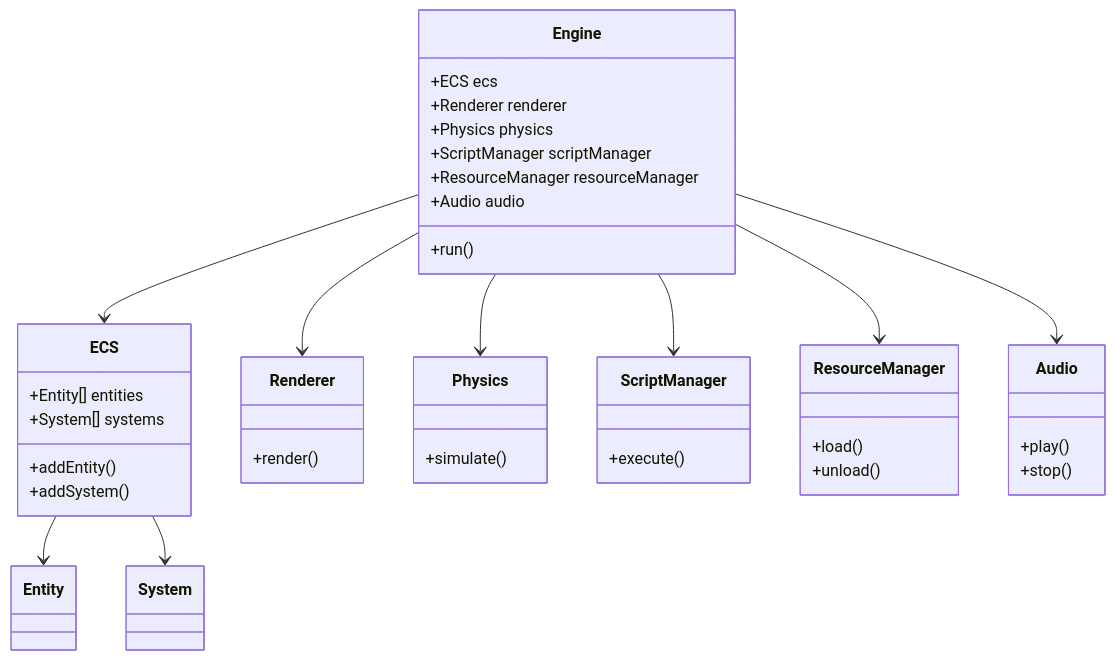
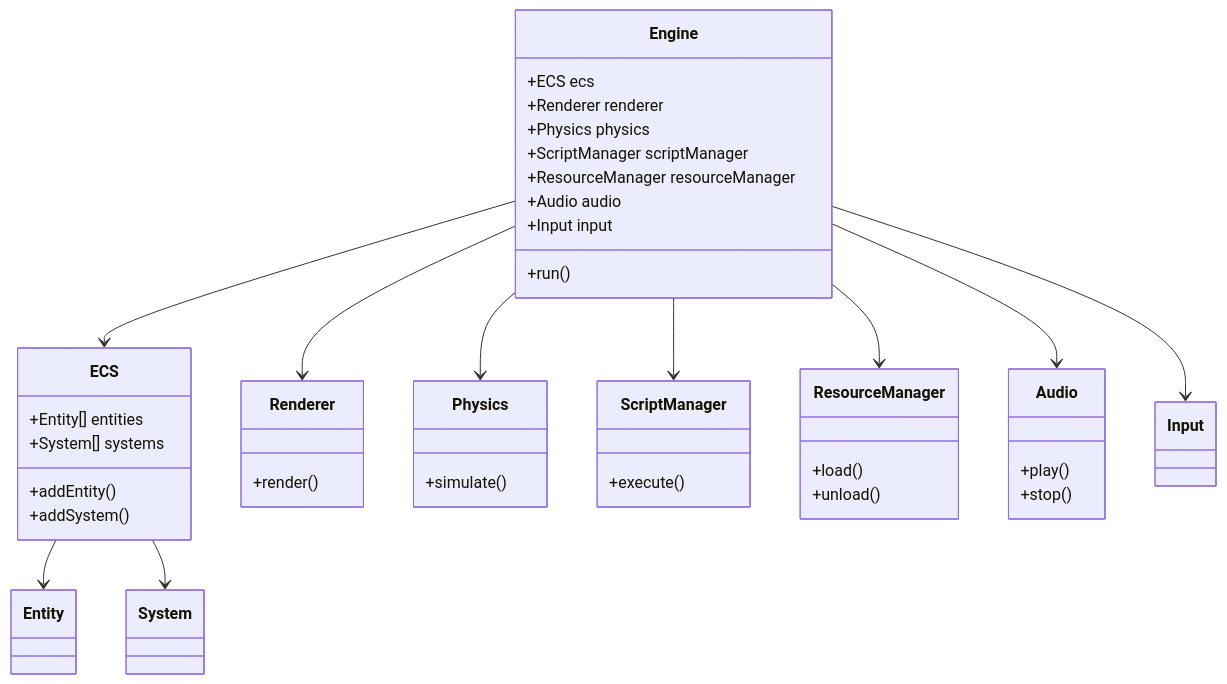
The diagram in docs/architecture.md (import1bones/simplex-engine), drawn with Mermaid before and after one commit. The commit also changed other lines of this file and 7 other files, not shown here.

Commit message:
Implement input system architecture with abstract API and pygame backend

````diff
--- a/docs/architecture.md
+++ b/docs/architecture.md
@@ -26,43 +27,45 @@
 ```mermaid
 classDiagram
     class Engine {
         +ECS ecs
         +Renderer renderer
         +Physics physics
         +ScriptManager scriptManager
         +ResourceManager resourceManager
         +Audio audio
+        +Input input
         +run()
     }
     class ECS {
         +Entity[] entities
         +System[] systems
         +addEntity()
         +addSystem()
     }
     class Renderer {
         +render()
     }
     class Physics {
         +simulate()
     }
     class ScriptManager {
         +execute()
     }
     class ResourceManager {
         +load()
         +unload()
     }
     class Audio {
         +play()
         +stop()
     }
     Engine --> ECS
     Engine --> Renderer
     Engine --> Physics
     Engine --> ScriptManager
     Engine --> ResourceManager
     Engine --> Audio
+    Engine --> Input
     ECS --> Entity
     ECS --> System
 ```
````
